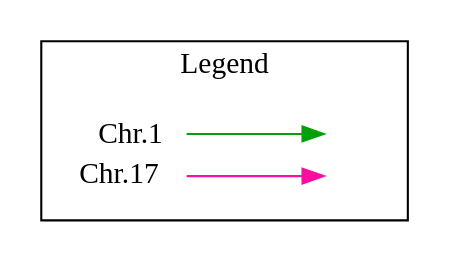
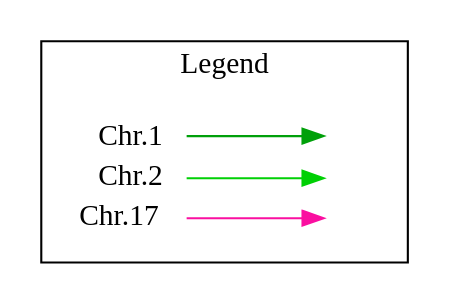
One commit to VasLem/brain-shape-asymmetry-genetics changed the diagram in results/visualizeCCAOnPheno/graphviz/legGraphWithBC.gv. Above: the diagram before and after it, drawn with Graphviz. The commit also changed 10 other files, not shown here.

```diff
--- a/results/visualizeCCAOnPheno/graphviz/legGraphWithBC.gv
+++ b/results/visualizeCCAOnPheno/graphviz/legGraphWithBC.gv
@@ -1,15 +1,18 @@
 digraph {
 rankdir=LR
 node [shape=plaintext]
 subgraph cluster_01 {rank=same; key1, key2 
 label = "Legend";
  key1 [label=<<table border="0" cellpadding="2" cellspacing="0" cellborder="0">[
 <tr><td align="right" port="i1" >Chr.1</td></tr>
+<tr><td align="right" port="i2" >Chr.2</td></tr>
 <tr><td align="right" port="i17" >Chr.17</td></tr></table>>]
  key2 [label=<<table border="0" cellpadding="2" cellspacing="0" cellborder="0">[
 <tr><td port="i1">&nbsp;</td></tr>
+<tr><td port="i2">&nbsp;</td></tr>
 <tr><td port="i17">&nbsp;</td></tr></table>>]
 key1:i1:e -> key2:i1:w [color="#00A00A"]
+key1:i2:e -> key2:i2:w [color="#00D005"]
 key1:i17:e -> key2:i17:w [color="#FA0FA0"]
 }
 }
```
